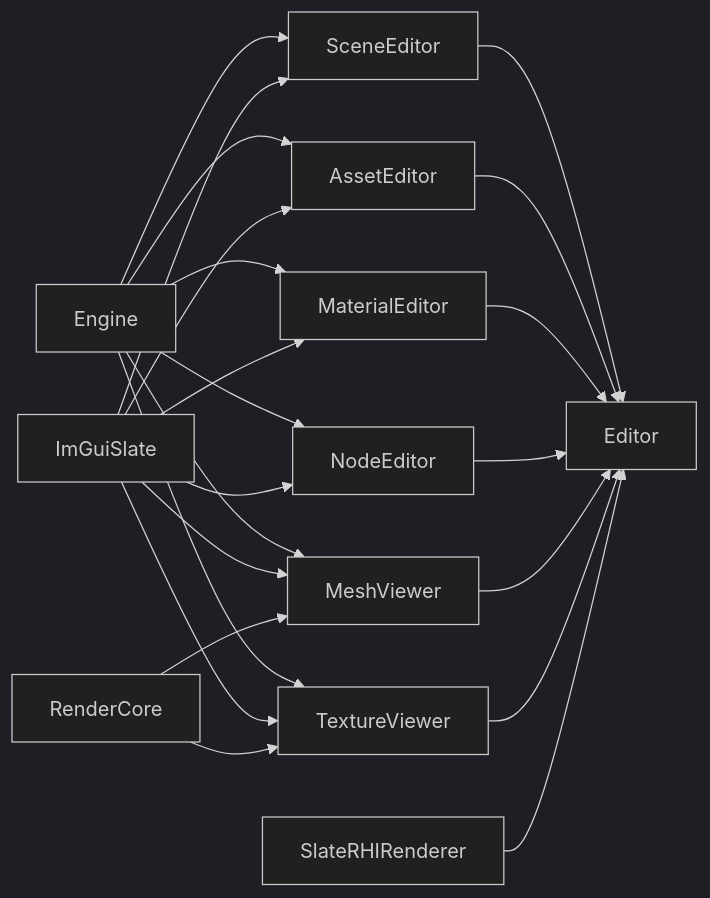
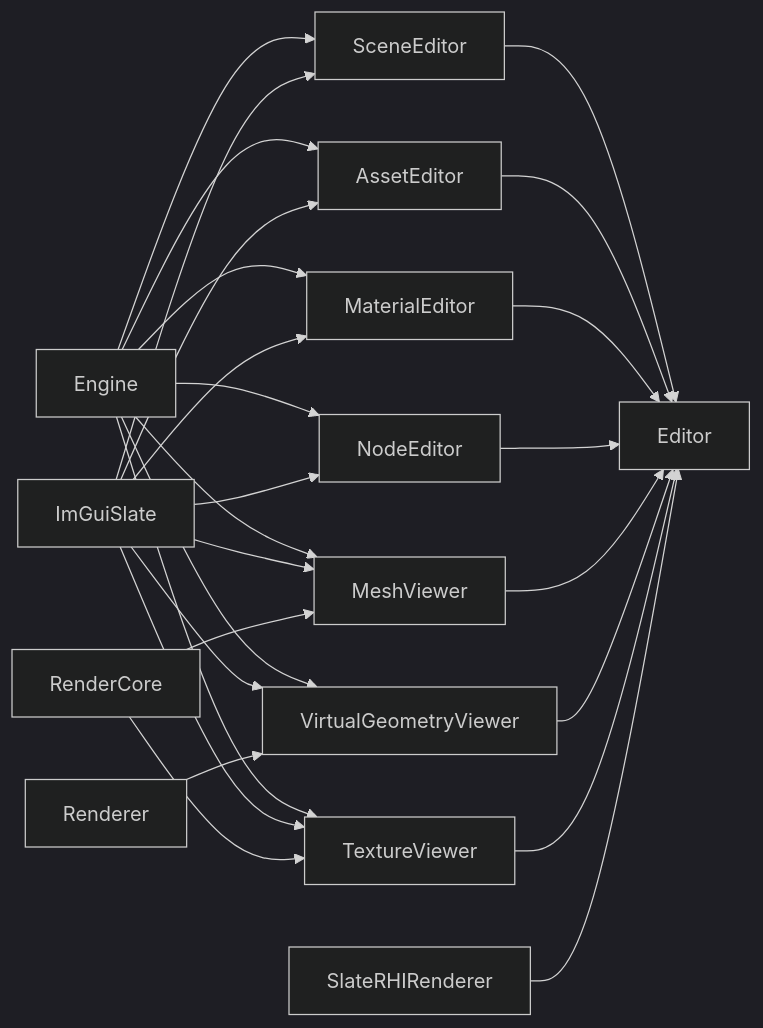
Before and after one commit to mou-wj/WREngine: the diagram in Doc/architecture/app/editor.md, drawn with Mermaid (dark theme). The commit also changed other lines of this file and 37 other files, not shown here.

````diff
--- a/Doc/architecture/app/editor.md
+++ b/Doc/architecture/app/editor.md
@@ -23,24 +24,28 @@
 ```mermaid
 flowchart LR
     Engine --> SceneEditor
     ImGuiSlate --> SceneEditor
     Engine --> AssetEditor
     ImGuiSlate --> AssetEditor
     Engine --> MaterialEditor
     ImGuiSlate --> MaterialEditor
     SceneEditor --> Editor
     AssetEditor --> Editor
     MaterialEditor --> Editor
     Engine --> NodeEditor
     ImGuiSlate --> NodeEditor
     NodeEditor --> Editor
     Engine --> MeshViewer
     ImGuiSlate --> MeshViewer
     RenderCore --> MeshViewer
     MeshViewer --> Editor
+    Engine --> VirtualGeometryViewer
+    ImGuiSlate --> VirtualGeometryViewer
+    Renderer --> VirtualGeometryViewer
+    VirtualGeometryViewer --> Editor
     Engine --> TextureViewer
     ImGuiSlate --> TextureViewer
     RenderCore --> TextureViewer
     TextureViewer --> Editor
     SlateRHIRenderer --> Editor
 ```
````
